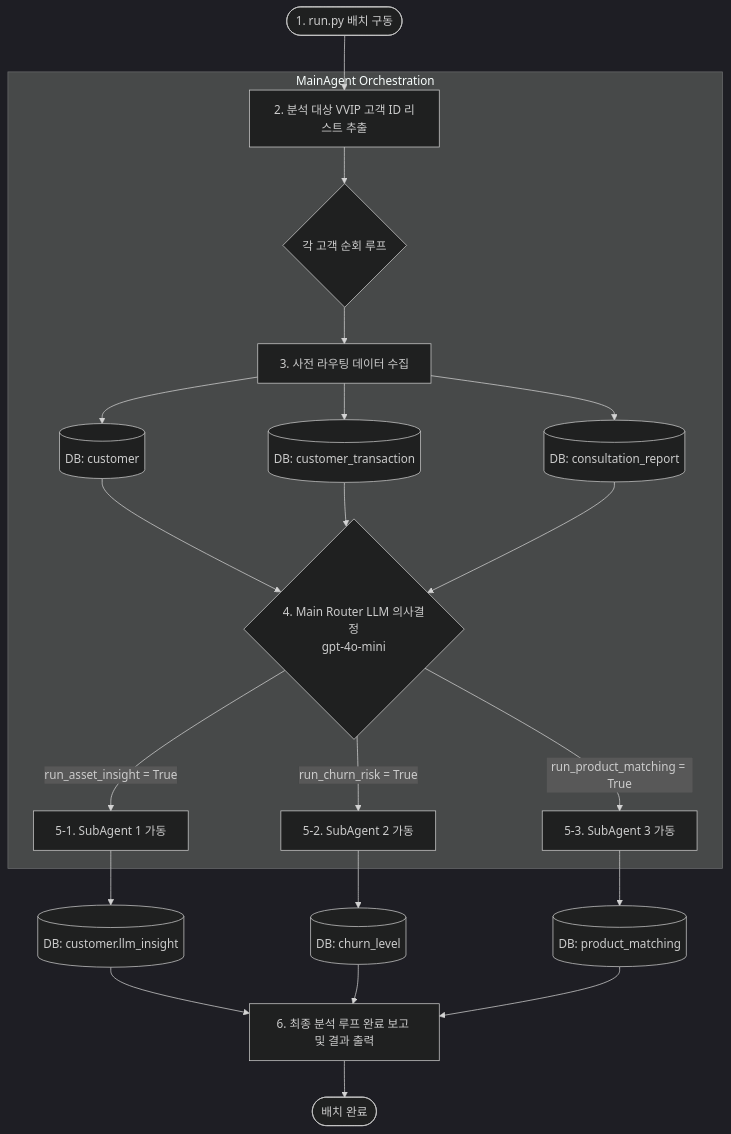
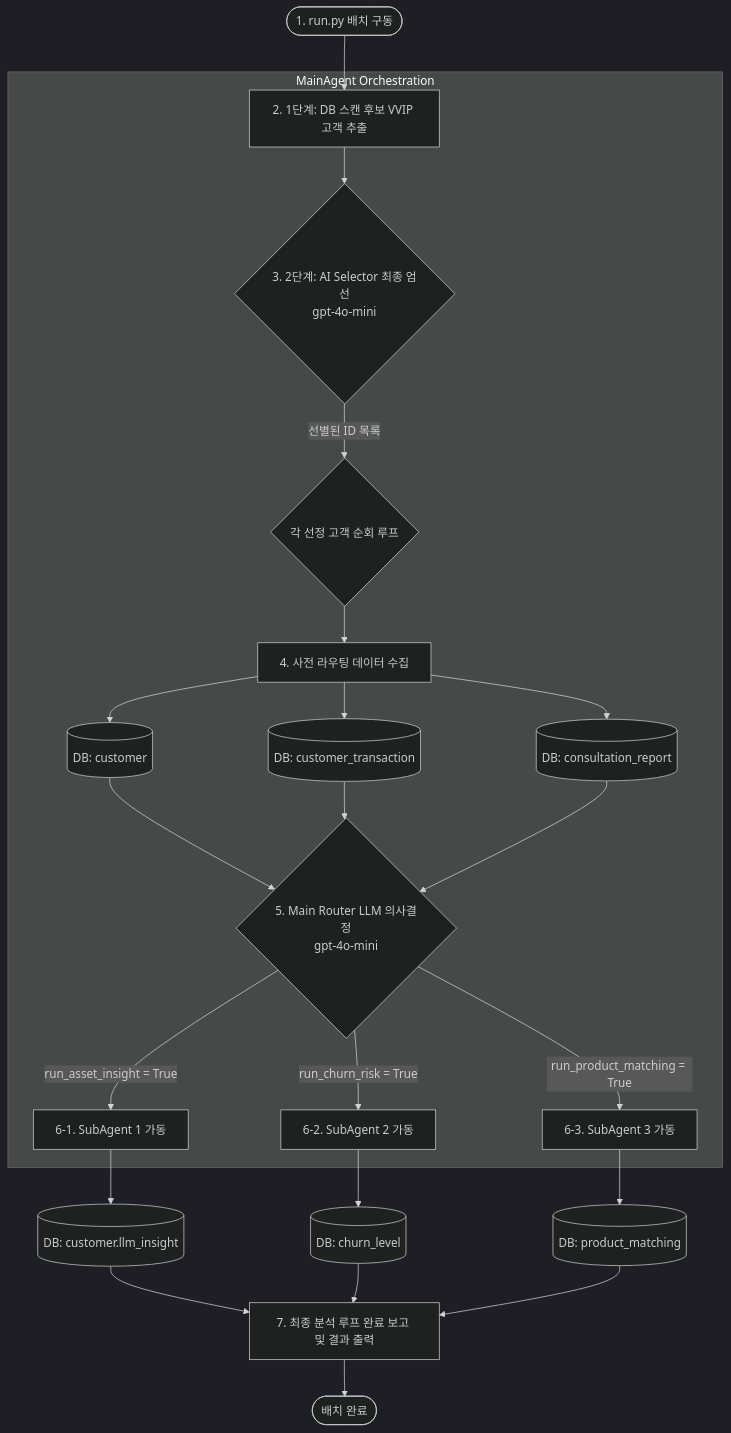
The first of 2 diagrams in agent/customer-main-agent/explain.md (PoomSaengPoomSa/POOM-AI), drawn with Mermaid (dark theme) before and after one commit. The commit also changed other lines of this file and 10 other files, not shown here.

Commit message:
main agent 거의 완성

````diff
--- a/agent/customer-main-agent/explain.md
+++ b/agent/customer-main-agent/explain.md
@@ -12,31 +12,32 @@
 ```mermaid
 flowchart TD
     %% CLI / Batch Entry
-    Start([1. run.py 배치 구동]) --> FetchCIDs[2. 분석 대상 VVIP 고객 ID 리스트 추출]
+    Start([1. run.py 배치 구동]) --> FetchCIDs[2. 1단계: DB 스캔 후보 VVIP 고객 추출]
     
     subgraph MainAgent [MainAgent Orchestration]
-        FetchCIDs --> LoopCIDs{각 고객 순회 루프}
-        LoopCIDs --> GatherInfo[3. 사전 라우팅 데이터 수집]
+        FetchCIDs --> AISelector{3. 2단계: AI Selector 최종 엄선<br>gpt-4o-mini}
+        AISelector -- 선별된 ID 목록 --> LoopCIDs{각 선정 고객 순회 루프}
+        LoopCIDs --> GatherInfo[4. 사전 라우팅 데이터 수집]
         
         %% DB Queries for MainAgent
         GatherInfo --> DB_Profile[(DB: customer)]
         GatherInfo --> DB_Tx[(DB: customer_transaction)]
         GatherInfo --> DB_Report[(DB: consultation_report)]
         
         %% Main Agent Routing Decision
-        DB_Profile & DB_Tx & DB_Report --> MainRouter{4. Main Router LLM 의사결정<br>gpt-4o-mini}
+        DB_Profile & DB_Tx & DB_Report --> MainRouter{5. Main Router LLM 의사결정<br>gpt-4o-mini}
         
         %% Branching
-        MainRouter -- run_asset_insight = True --> Sub1Call[5-1. SubAgent 1 가동]
-        MainRouter -- run_churn_risk = True --> Sub2Call[5-2. SubAgent 2 가동]
-        MainRouter -- run_product_matching = True --> Sub3Call[5-3. SubAgent 3 가동]
+        MainRouter -- run_asset_insight = True --> Sub1Call[6-1. SubAgent 1 가동]
+        MainRouter -- run_churn_risk = True --> Sub2Call[6-2. SubAgent 2 가동]
+        MainRouter -- run_product_matching = True --> Sub3Call[6-3. SubAgent 3 가동]
     end
     
     %% Database Output mapping
     Sub1Call --> DB_Insight[(DB: customer.llm_insight)]
     Sub2Call --> DB_Churn[(DB: churn_level)]
     Sub3Call --> DB_Matching[(DB: product_matching)]
     
-    DB_Insight & DB_Churn & DB_Matching --> Reporting[6. 최종 분석 루프 완료 보고 및 결과 출력]
+    DB_Insight & DB_Churn & DB_Matching --> Reporting[7. 최종 분석 루프 완료 보고 및 결과 출력]
     Reporting --> End([배치 완료])
 ```
````
